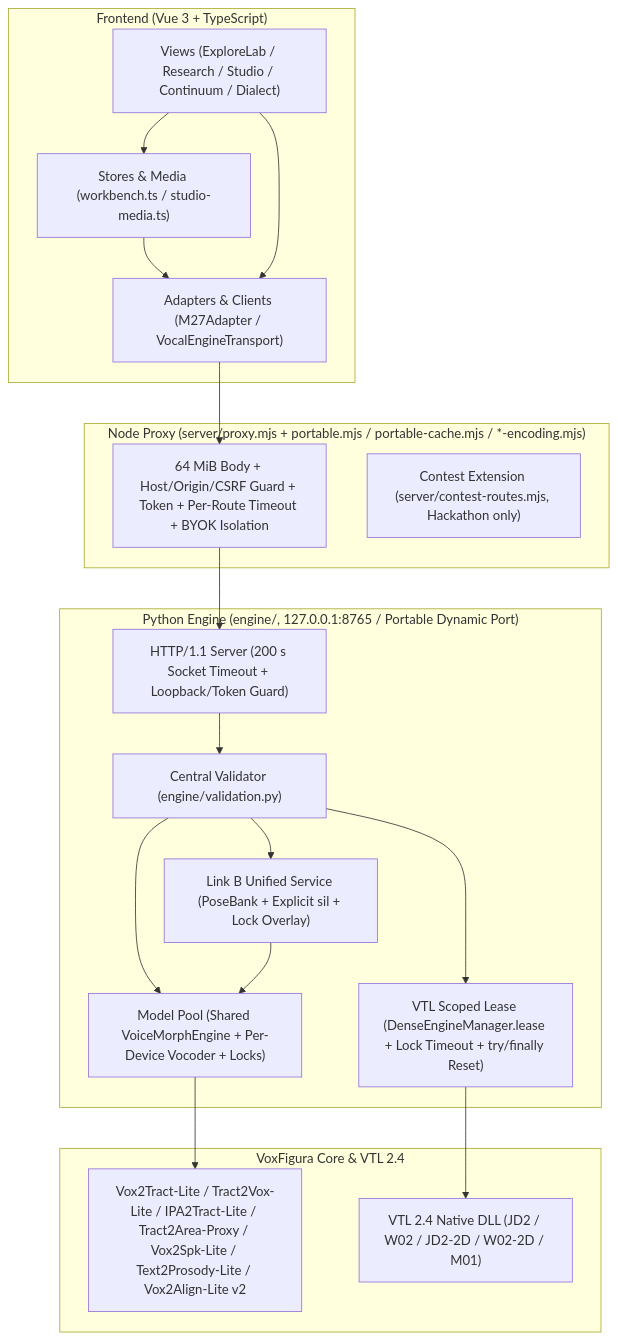
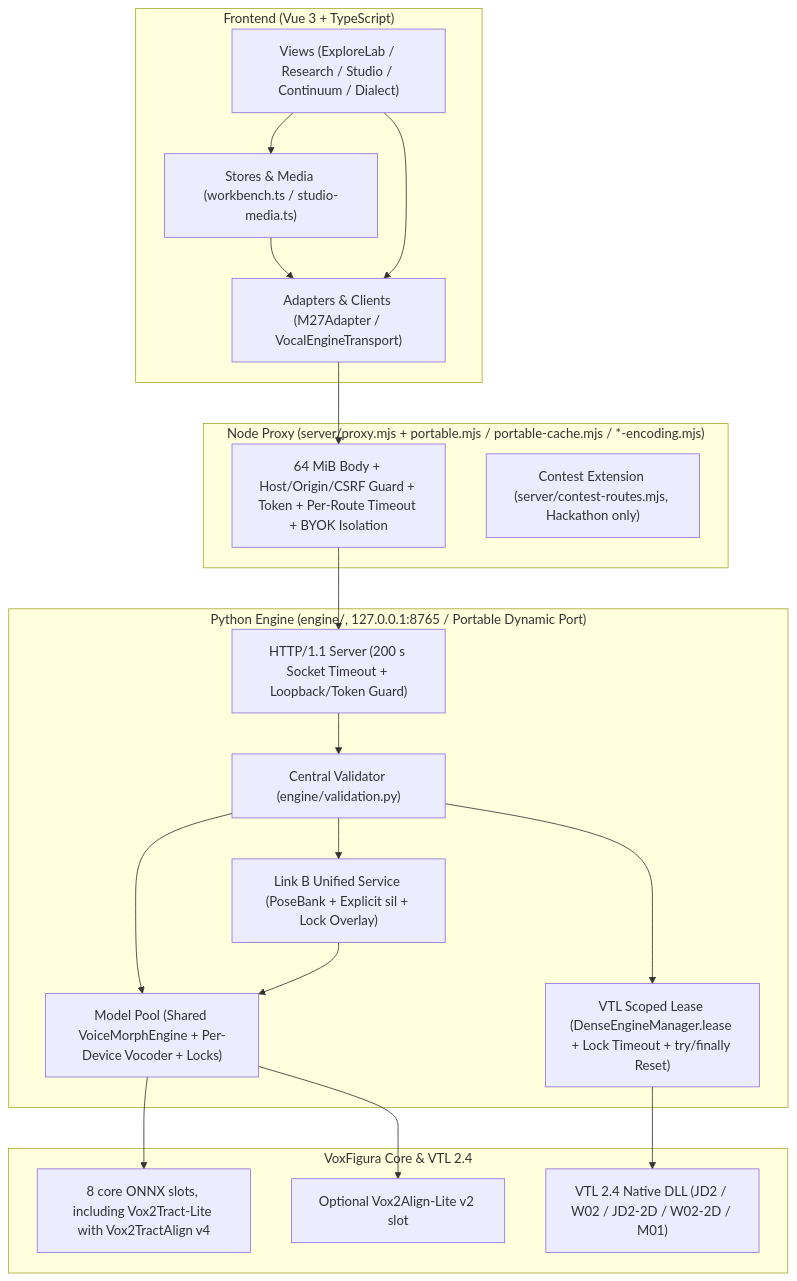
One commit to Nephelium/VoxFigura changed the diagram in docs/ARCHITECTURE.md. Above: the diagram before and after it, drawn with Mermaid. The commit also changed other lines of this file and 25 other files, not shown here.

````diff
--- a/docs/ARCHITECTURE.md
+++ b/docs/ARCHITECTURE.md
@@ -9,39 +9,41 @@
 ```mermaid
 flowchart TD
   subgraph FE["Frontend (Vue 3 + TypeScript)"]
     UI["Views (ExploreLab / Research / Studio / Continuum / Dialect)"]
     Store["Stores & Media (workbench.ts / studio-media.ts)"]
     Client["Adapters & Clients (M27Adapter / VocalEngineTransport)"]
   end
 
   subgraph Proxy["Node Proxy (server/proxy.mjs + portable.mjs / portable-cache.mjs / *-encoding.mjs)"]
     Limit["64 MiB Body + Host/Origin/CSRF Guard + Token + Per-Route Timeout + BYOK Isolation"]
     Contest["Contest Extension (server/contest-routes.mjs, Hackathon only)"]
   end
 
   subgraph Py["Python Engine (engine/, 127.0.0.1:8765 / Portable Dynamic Port)"]
     HTTP["HTTP/1.1 Server (200 s Socket Timeout + Loopback/Token Guard)"]
     Guard["Central Validator (engine/validation.py)"]
     VtlScope["VTL Scoped Lease (DenseEngineManager.lease + Lock Timeout + try/finally Reset)"]
     ModelPool["Model Pool (Shared VoiceMorphEngine + Per-Device Vocoder + Locks)"]
     LinkB["Link B Unified Service (PoseBank + Explicit sil + Lock Overlay)"]
   end
 
   subgraph Core["VoxFigura Core & VTL 2.4"]
-    Models["Vox2Tract-Lite / Tract2Vox-Lite / IPA2Tract-Lite / Tract2Area-Proxy / Vox2Spk-Lite / Text2Prosody-Lite / Vox2Align-Lite v2"]
+    Models["8 core ONNX slots, including Vox2Tract-Lite with Vox2TractAlign v4"]
+    Aligner["Optional Vox2Align-Lite v2 slot"]
     VTL["VTL 2.4 Native DLL (JD2 / W02 / JD2-2D / W02-2D / M01)"]
   end
 
   UI --> Store
   Store --> Client
   UI --> Client
   Client --> Limit
   Limit --> HTTP
   HTTP --> Guard
   Guard --> VtlScope
   Guard --> ModelPool
   Guard --> LinkB
   LinkB --> ModelPool
   VtlScope --> VTL
   ModelPool --> Models
+  ModelPool --> Aligner
 ```
````
